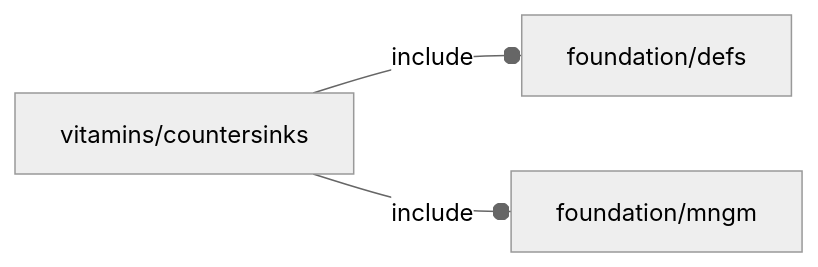
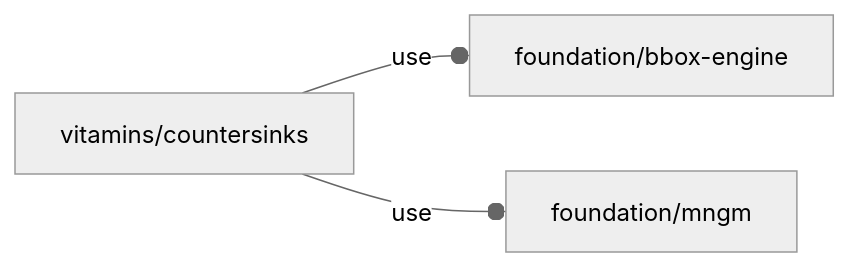
The diagram in orthodocs/vitamins/countersinks.md (ggabbiani/OFL), drawn with Mermaid (neutral theme) before and after one commit. The commit also changed other lines of this file and 74 other files, not shown here.

````diff
--- a/orthodocs/vitamins/countersinks.md
+++ b/orthodocs/vitamins/countersinks.md
@@ -5,5 +5,5 @@
 ```mermaid
 graph LR
-    A1[vitamins/countersinks] --o|include| A2[foundation/defs]
-    A1 --o|include| A3[foundation/mngm]
+    A1[vitamins/countersinks] --o|use| A2[foundation/bbox-engine]
+    A1 --o|use| A3[foundation/mngm]
 ```
````
